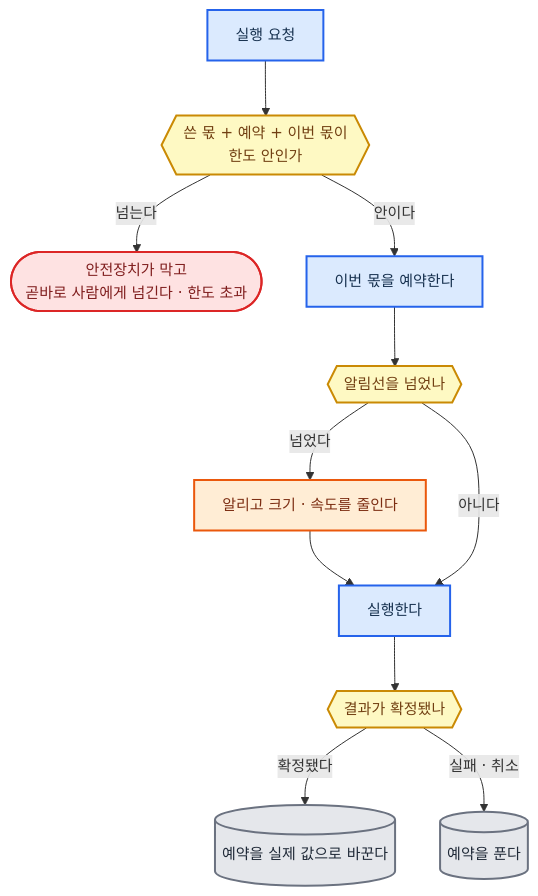
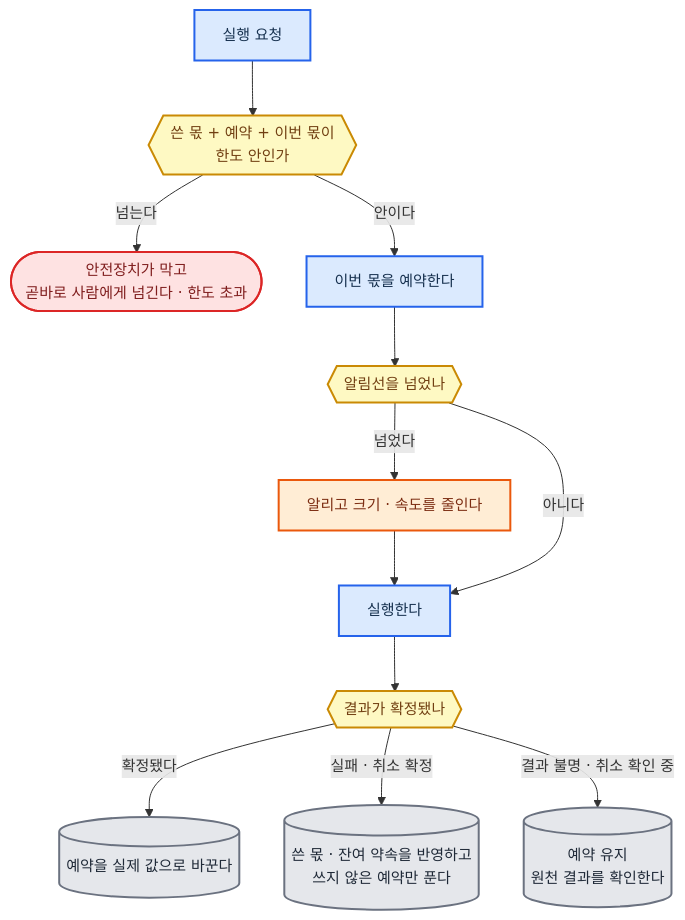
Diagram 13 of 26 in 전문가 에이전트 정의 2.md (harisbaguette/expert), drawn with Mermaid before and after one commit. The commit also changed other lines of this file and 17 other files, not shown here.

````diff
--- a/전문가 에이전트 정의 2.md
+++ b/전문가 에이전트 정의 2.md
@@ -2145,17 +2146,18 @@
 ```mermaid
 %%{init: {"flowchart": {"wrappingWidth": 640, "curve": "basis", "nodeSpacing": 45, "rankSpacing": 55, "padding": 14, "useMaxWidth": true}, "themeVariables": {"fontSize": "15px"}} }%%
 flowchart TB
     IN["실행 요청"]:::main --> Q1{{"쓴 몫 + 예약 + 이번 몫이<br/>한도 안인가"}}:::note
     Q1 -- "넘는다" --> STOP(["안전장치가 막고<br/>곧바로 사람에게 넘긴다 · 한도 초과"]):::stop
     Q1 -- "안이다" --> RES["이번 몫을 예약한다"]:::main --> Q2{{"알림선을 넘었나"}}:::note
     Q2 -- "넘었다" --> SLOW["알리고 크기 · 속도를 줄인다"]:::back --> RUN["실행한다"]:::main
     Q2 -- "아니다" --> RUN --> Q3{{"결과가 확정됐나"}}:::note
     Q3 -- "확정됐다" --> FIX[("예약을 실제 값으로 바꾼다")]:::store
-    Q3 -- "실패 · 취소" --> FREE[("예약을 푼다")]:::store
+    Q3 -- "실패 · 취소 확정" --> FREE[("쓴 몫 · 잔여 약속을 반영하고<br/>쓰지 않은 예약만 푼다")]:::store
+    Q3 -- "결과 불명 · 취소 확인 중" --> KEEP[("예약 유지<br/>원천 결과를 확인한다")]:::store
     classDef main fill:#dbeafe,stroke:#2563eb,stroke-width:2px,color:#17314f
     classDef stop fill:#fee2e2,stroke:#dc2626,stroke-width:2px,color:#7f1d1d
     classDef back fill:#ffedd5,stroke:#ea580c,stroke-width:2px,color:#7c2d12
     classDef store fill:#e5e7eb,stroke:#6b7280,stroke-width:2px,color:#1f2937
     classDef good fill:#dcfce7,stroke:#16a34a,stroke-width:2px,color:#14532d
     classDef note fill:#fef9c3,stroke:#ca8a04,stroke-width:2px,color:#713f12
 ```
````
